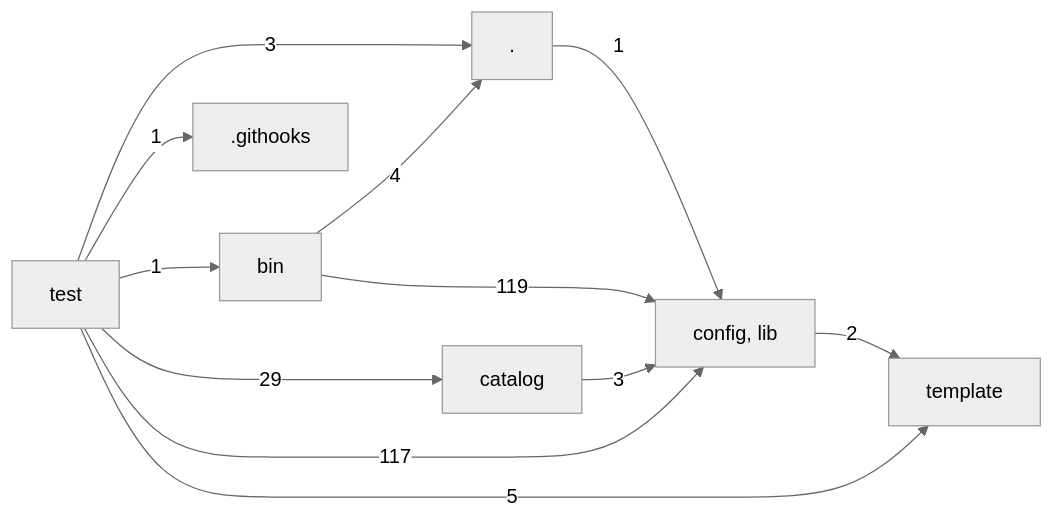
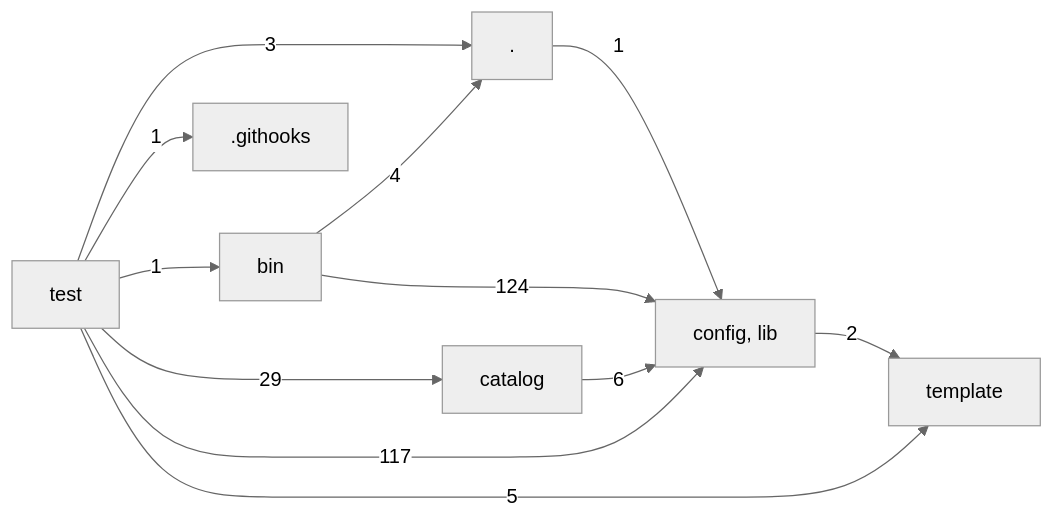
Before and after one commit to hackersandwizards/scaffolding: the diagram in docs/architecture/layers.md, drawn with Mermaid (neutral theme). The commit also changed 21 other files, not shown here.

````diff
--- a/docs/architecture/layers.md
+++ b/docs/architecture/layers.md
@@ -3,21 +3,21 @@
 ```mermaid
 graph LR
   L0["."]
   L1[".githooks"]
   L2["bin"]
   L3["catalog"]
   L4["config, lib"]
   L5["template"]
   L6["test"]
   L0 -->|1| L4
   L2 -->|4| L0
-  L2 -->|119| L4
-  L3 -->|3| L4
+  L2 -->|124| L4
+  L3 -->|6| L4
   L4 -->|2| L5
   L6 -->|3| L0
   L6 -->|1| L1
   L6 -->|1| L2
   L6 -->|29| L3
   L6 -->|117| L4
   L6 -->|5| L5
 ```
````
